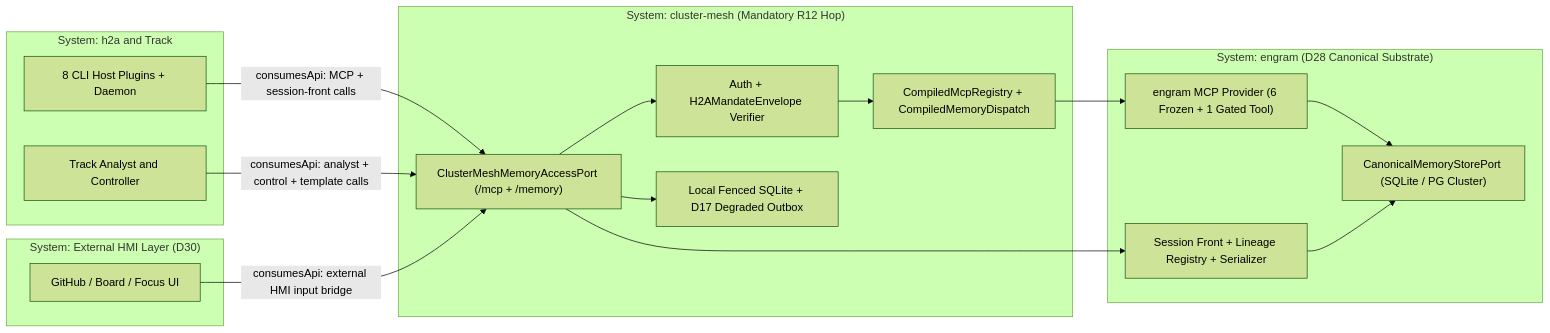
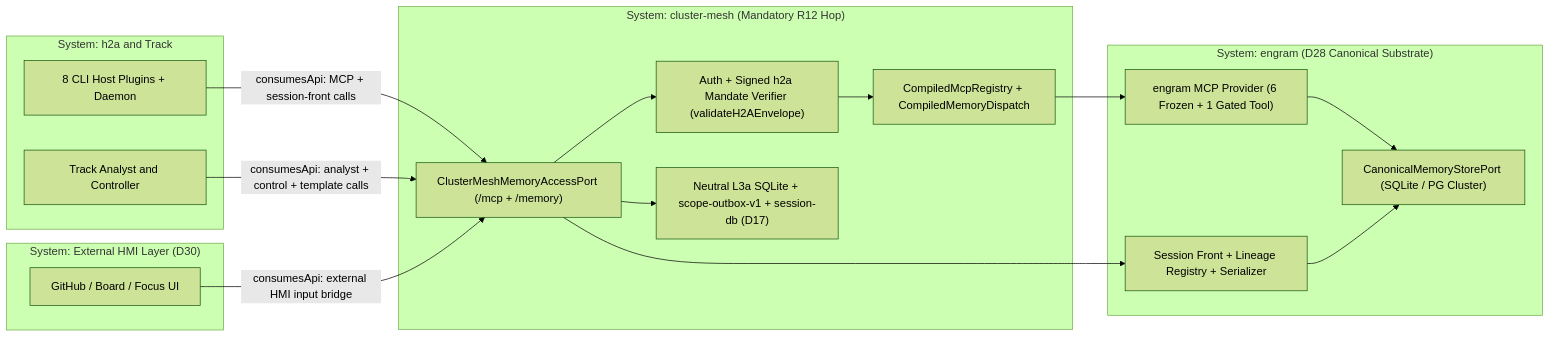
Before and after one commit to rhanka/engram: the second of 2 diagrams in spec/SPEC_ENGRAM_CLUSTER_MESH_MEMORY_ACCESS_AND_MCP_WIRING.md, drawn with Mermaid (forest theme). The commit also changed other lines of this file, not shown here.

````diff
--- a/spec/SPEC_ENGRAM_CLUSTER_MESH_MEMORY_ACCESS_AND_MCP_WIRING.md
+++ b/spec/SPEC_ENGRAM_CLUSTER_MESH_MEMORY_ACCESS_AND_MCP_WIRING.md
@@ -166,35 +170,35 @@
 ```mermaid
 flowchart LR
   subgraph H2ASys["System: h2a and Track"]
     CLI["8 CLI Host Plugins + Daemon"]
     TRK["Track Analyst and Controller"]
   end
 
   subgraph HMISys["System: External HMI Layer (D30)"]
     GH["GitHub / Board / Focus UI"]
   end
 
   subgraph CMSys["System: cluster-mesh (Mandatory R12 Hop)"]
-    AUTH["Auth + H2AMandateEnvelope Verifier"]
+    AUTH["Auth + Signed h2a Mandate Verifier (validateH2AEnvelope)"]
     REG["CompiledMcpRegistry + CompiledMemoryDispatch"]
     ACCESS["ClusterMeshMemoryAccessPort (/mcp + /memory)"]
-    OUTBOX["Local Fenced SQLite + D17 Degraded Outbox"]
+    OUTBOX["Neutral L3a SQLite + scope-outbox-v1 + session-db (D17)"]
   end
 
   subgraph EngramSys["System: engram (D28 Canonical Substrate)"]
     PROV["engram MCP Provider (6 Frozen + 1 Gated Tool)"]
     FRONT["Session Front + Lineage Registry + Serializer"]
     STORE["CanonicalMemoryStorePort (SQLite / PG Cluster)"]
   end
 
   CLI -->|"consumesApi: MCP + session-front calls"| ACCESS
   TRK -->|"consumesApi: analyst + control + template calls"| ACCESS
   GH -->|"consumesApi: external HMI input bridge"| ACCESS
   ACCESS --> AUTH
   AUTH --> REG
   REG --> PROV
   ACCESS --> FRONT
   PROV --> STORE
   FRONT --> STORE
   ACCESS --> OUTBOX
 ```
````
